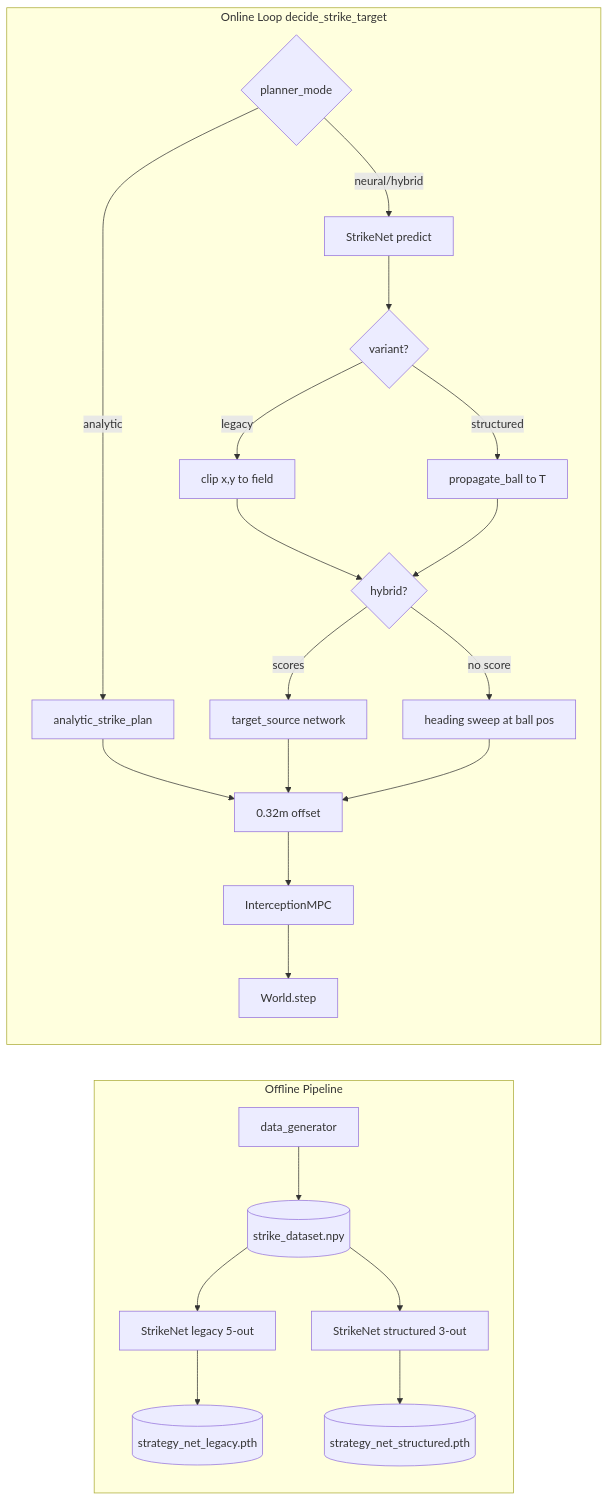
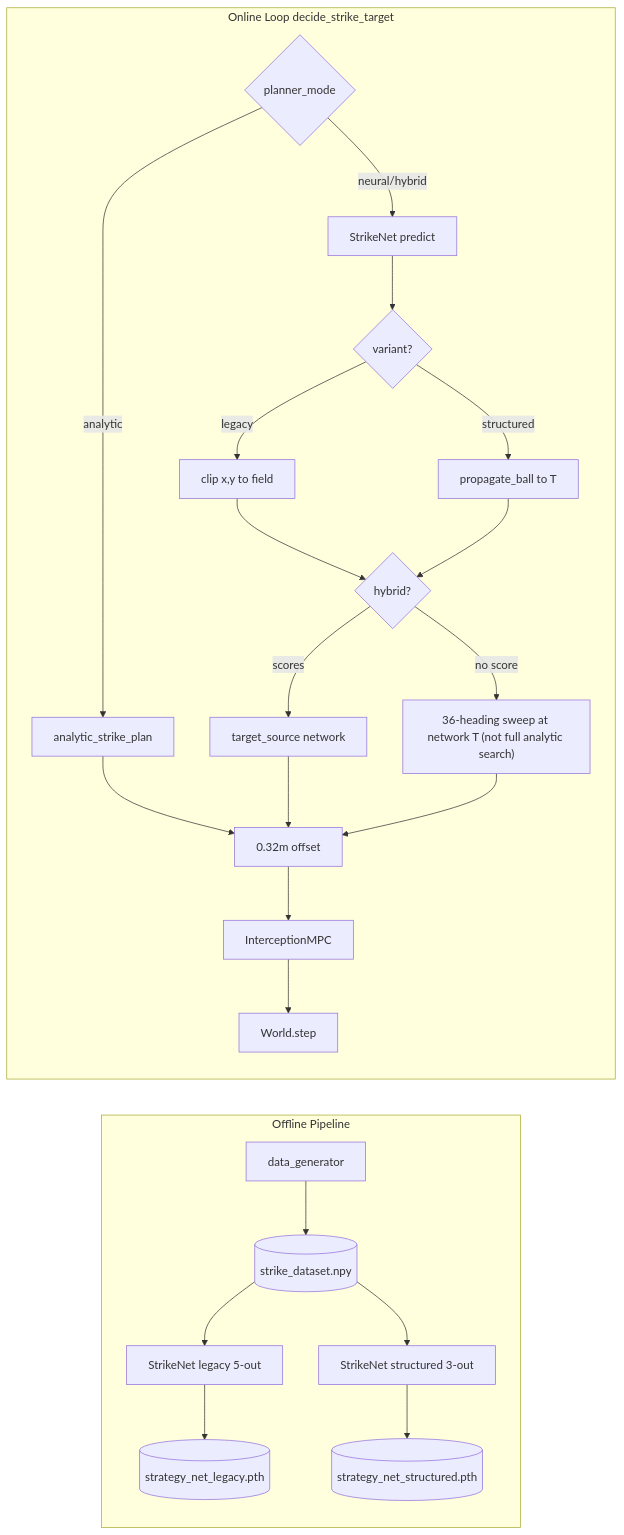
Before and after one commit to Nikunj-Agarwal/project_rocket_soccer: the diagram in docs/SYSTEM_OVERVIEW.md, drawn with Mermaid. The commit also changed other lines of this file and 11 other files, not shown here.

````diff
--- a/docs/SYSTEM_OVERVIEW.md
+++ b/docs/SYSTEM_OVERVIEW.md
@@ -21,28 +21,28 @@
 ```mermaid
 flowchart LR
   subgraph offline [Offline Pipeline]
     DG[data_generator] --> DS[(strike_dataset.npy)]
     DS --> SN1[StrikeNet legacy 5-out]
     DS --> SN2[StrikeNet structured 3-out]
     SN1 --> M1[(strategy_net_legacy.pth)]
     SN2 --> M2[(strategy_net_structured.pth)]
   end
 
   subgraph online [Online Loop decide_strike_target]
     Mode{planner_mode}
     Mode -- analytic --> AP[analytic_strike_plan]
     Mode -- neural/hybrid --> Net[StrikeNet predict]
     Net --> Derive{variant?}
     Derive -- legacy --> Clip[clip x,y to field]
     Derive -- structured --> Roll[propagate_ball to T]
     Clip --> Hybrid{hybrid?}
     Roll --> Hybrid
     Hybrid -- scores --> UseNet[target_source network]
-    Hybrid -- no score --> FB[heading sweep at ball pos]
+    Hybrid -- no score --> FB["36-heading sweep at network T (not full analytic search)"]
     AP --> Offset[0.32m offset]
     UseNet --> Offset
     FB --> Offset
     Offset --> MPC[InterceptionMPC]
     MPC --> World[World.step]
   end
 ```
````
